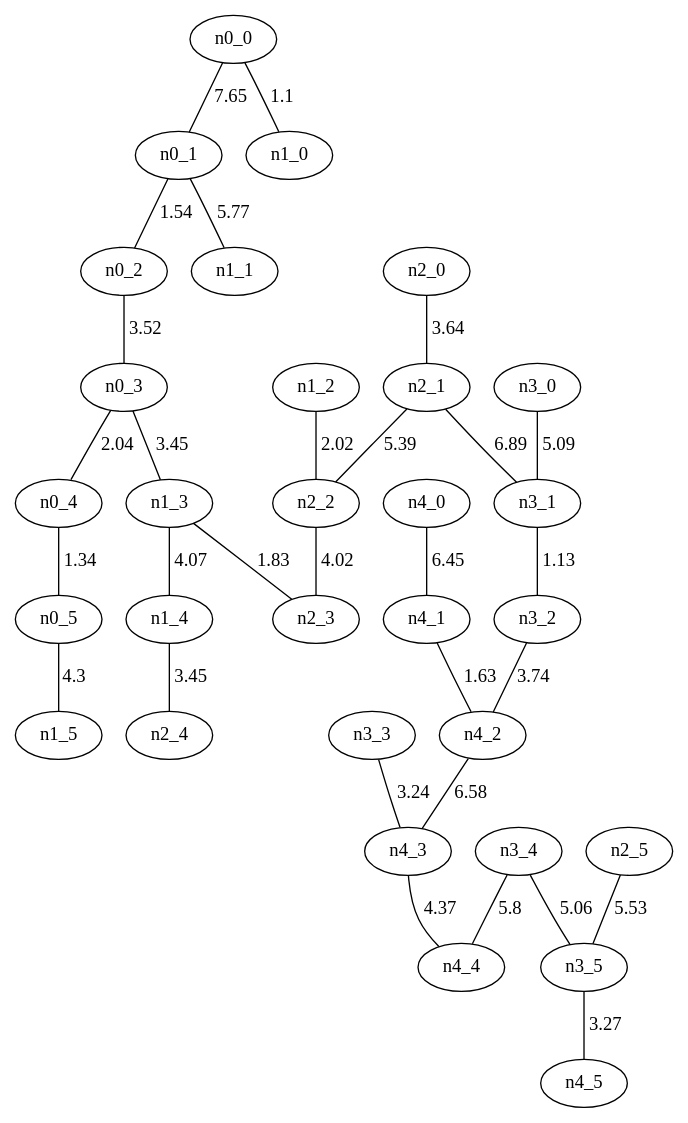
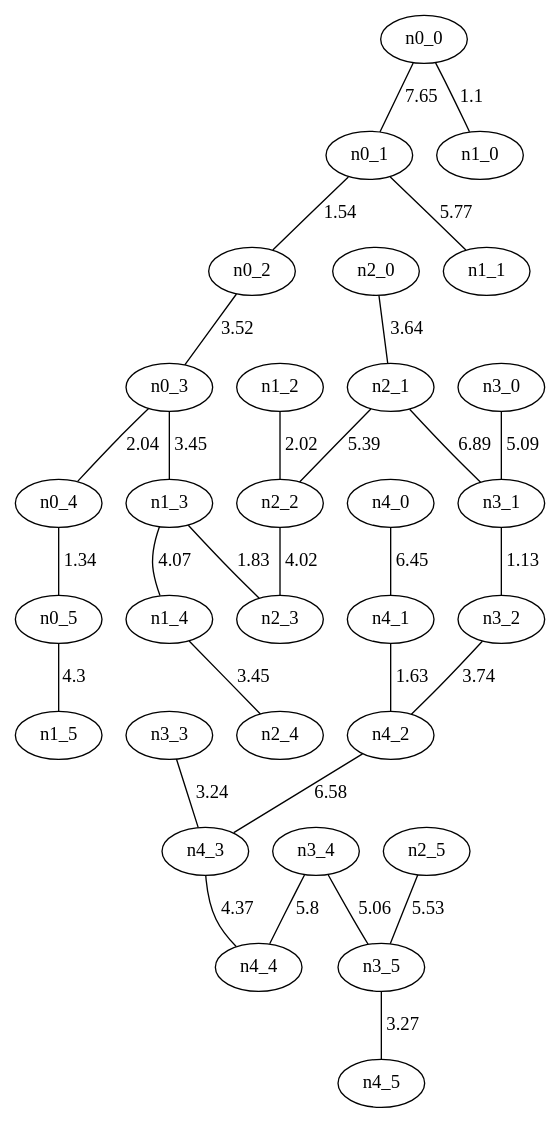
Before and after one commit to amorac4/DAA24: the diagram in Proyecto 4/Grafos MST/grafo_malla_30_kruskal_inverso.gv, drawn with Graphviz. The commit also changed other lines of this file and 62 other files, not shown here.

```diff
--- a/Proyecto 4/Grafos MST/grafo_malla_30_kruskal_inverso.gv
+++ b/Proyecto 4/Grafos MST/grafo_malla_30_kruskal_inverso.gv
@@ -1,61 +1,61 @@
 graph G{
-"n1_2";
-"n0_0";
-"n4_2";
 "n1_3";
-"n2_0";
-"n0_3";
-"n3_0";
-"n3_4";
-"n3_2";
-"n4_4";
+"n4_5";
 "n0_1";
 "n4_0";
+"n3_0";
+"n3_2";
+"n0_0";
+"n0_3";
+"n0_2";
+"n2_2";
+"n1_0";
+"n0_5";
+"n3_4";
+"n2_3";
+"n2_5";
+"n4_2";
+"n4_3";
+"n2_4";
+"n1_2";
+"n3_5";
+"n1_4";
+"n0_4";
+"n2_0";
+"n2_1";
+"n1_1";
+"n4_4";
 "n3_1";
+"n1_5";
+"n3_3";
 "n4_1";
-"n1_4";
-"n3_3";
-"n0_5";
-"n3_5";
-"n4_5";
-"n0_4";
-"n4_3";
-"n2_1";
-"n2_3";
-"n2_4";
-"n1_5";
-"n1_0";
-"n0_2";
-"n2_5";
-"n1_1";
-"n2_2";
 "n0_0"--"n0_1"[label="7.65"];
 "n2_1"--"n3_1"[label="6.89"];
 "n4_2"--"n4_3"[label="6.58"];
 "n4_0"--"n4_1"[label="6.45"];
 "n3_4"--"n4_4"[label="5.8"];
 "n0_1"--"n1_1"[label="5.77"];
 "n2_5"--"n3_5"[label="5.53"];
 "n2_1"--"n2_2"[label="5.39"];
 "n3_0"--"n3_1"[label="5.09"];
 "n3_4"--"n3_5"[label="5.06"];
 "n4_3"--"n4_4"[label="4.37"];
 "n0_5"--"n1_5"[label="4.3"];
 "n1_3"--"n1_4"[label="4.07"];
 "n2_2"--"n2_3"[label="4.02"];
 "n3_2"--"n4_2"[label="3.74"];
 "n2_0"--"n2_1"[label="3.64"];
 "n0_2"--"n0_3"[label="3.52"];
 "n0_3"--"n1_3"[label="3.45"];
 "n1_4"--"n2_4"[label="3.45"];
 "n3_5"--"n4_5"[label="3.27"];
 "n3_3"--"n4_3"[label="3.24"];
 "n0_3"--"n0_4"[label="2.04"];
 "n1_2"--"n2_2"[label="2.02"];
 "n1_3"--"n2_3"[label="1.83"];
 "n4_1"--"n4_2"[label="1.63"];
 "n0_1"--"n0_2"[label="1.54"];
 "n0_4"--"n0_5"[label="1.34"];
 "n3_1"--"n3_2"[label="1.13"];
 "n0_0"--"n1_0"[label="1.1"];
 }
```
